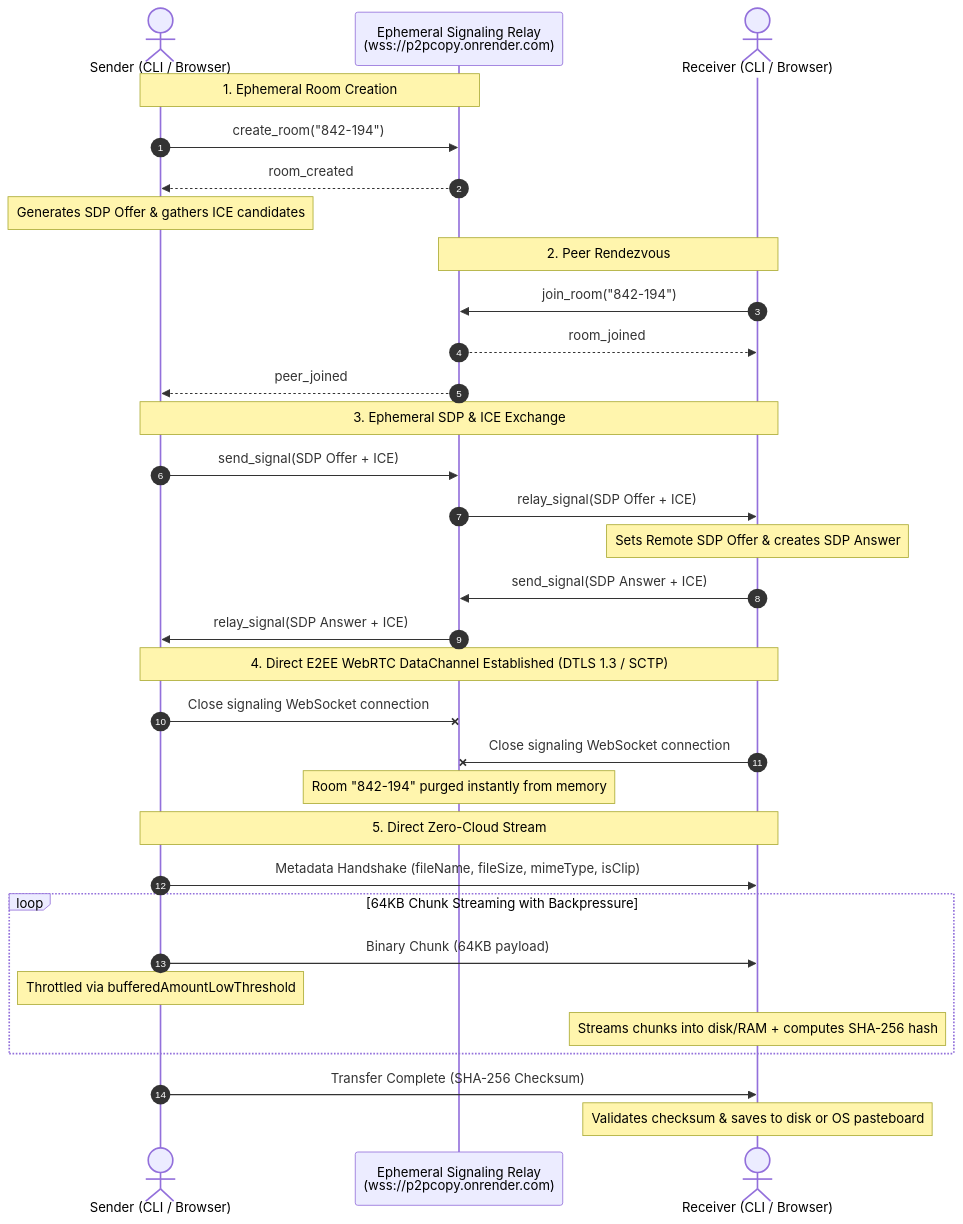
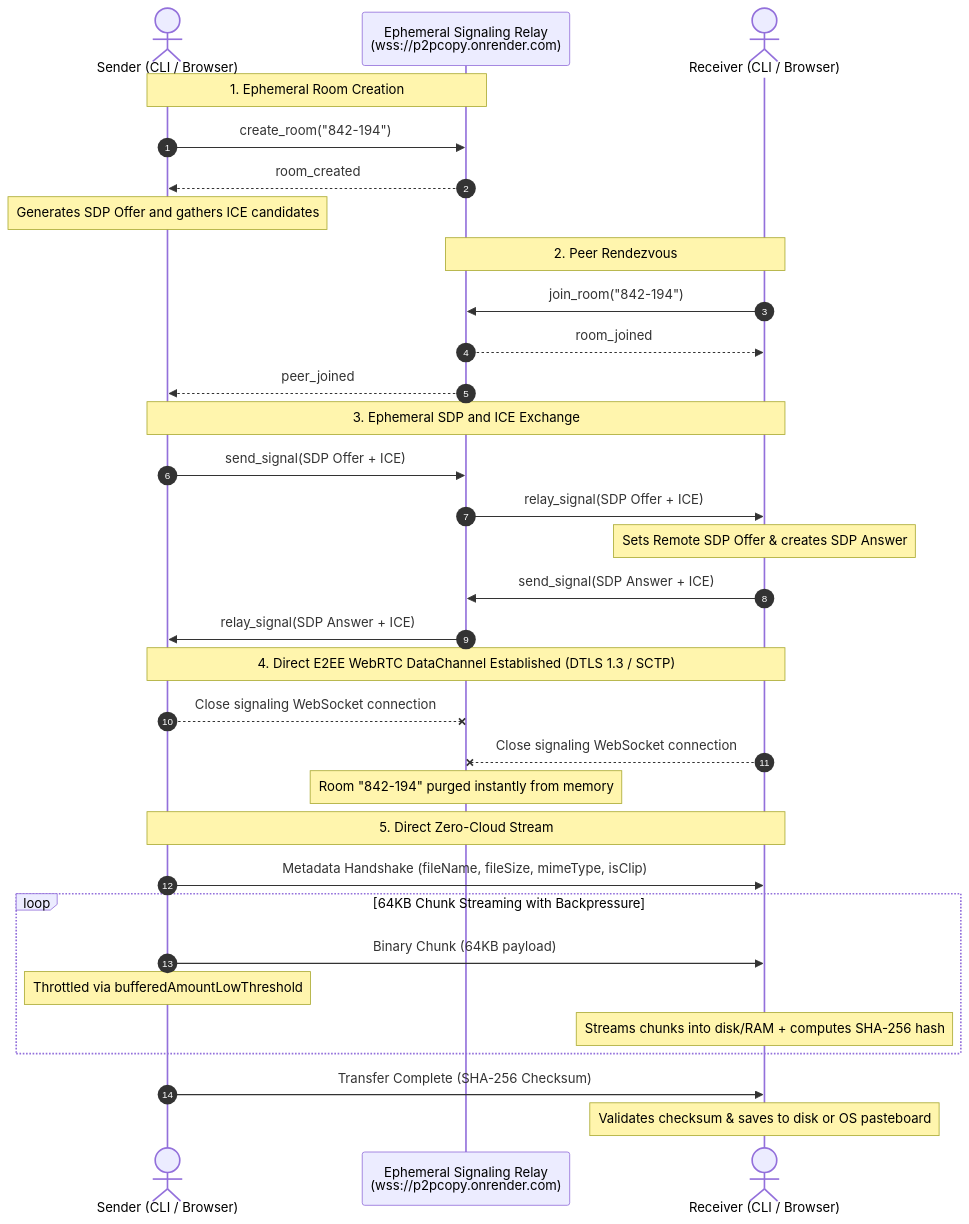
Before and after one commit to Krishnanand-10/p2pcopy: the second of 2 diagrams in README.md, drawn with Mermaid. The commit also changed other lines of this file, not shown here.

Commit message:
docs: fix mermaid syntax and make sdp/ice labels clearly visible in system topology

````diff
--- a/README.md
+++ b/README.md
@@ -91,39 +90,39 @@
 ```mermaid
 sequenceDiagram
     autonumber
     actor A as Sender (CLI / Browser)
     participant S as Ephemeral Signaling Relay<br/>(wss://p2pcopy.onrender.com)
     actor B as Receiver (CLI / Browser)
 
     Note over A,S: 1. Ephemeral Room Creation
     A->>S: create_room("842-194")
     S-->>A: room_created
-    Note over A: Generates SDP Offer & gathers ICE candidates
+    Note over A: Generates SDP Offer and gathers ICE candidates
 
     Note over B,S: 2. Peer Rendezvous
     B->>S: join_room("842-194")
     S-->>B: room_joined
     S-->>A: peer_joined
 
-    Note over A,B: 3. Ephemeral SDP & ICE Exchange
+    Note over A,B: 3. Ephemeral SDP and ICE Exchange
     A->>S: send_signal(SDP Offer + ICE)
     S->>B: relay_signal(SDP Offer + ICE)
     Note over B: Sets Remote SDP Offer & creates SDP Answer
     B->>S: send_signal(SDP Answer + ICE)
     S->>A: relay_signal(SDP Answer + ICE)
 
     Note over A,B: 4. Direct E2EE WebRTC DataChannel Established (DTLS 1.3 / SCTP)
-    A-xS: Close signaling WebSocket connection
-    B-xS: Close signaling WebSocket connection
+    A--x S: Close signaling WebSocket connection
+    B--x S: Close signaling WebSocket connection
     Note over S: Room "842-194" purged instantly from memory
 
     Note over A,B: 5. Direct Zero-Cloud Stream
     A->>B: Metadata Handshake (fileName, fileSize, mimeType, isClip)
     loop 64KB Chunk Streaming with Backpressure
         A->>B: Binary Chunk (64KB payload)
         Note over A: Throttled via bufferedAmountLowThreshold
         Note over B: Streams chunks into disk/RAM + computes SHA-256 hash
     end
     A->>B: Transfer Complete (SHA-256 Checksum)
     Note over B: Validates checksum & saves to disk or OS pasteboard
 ```
````
